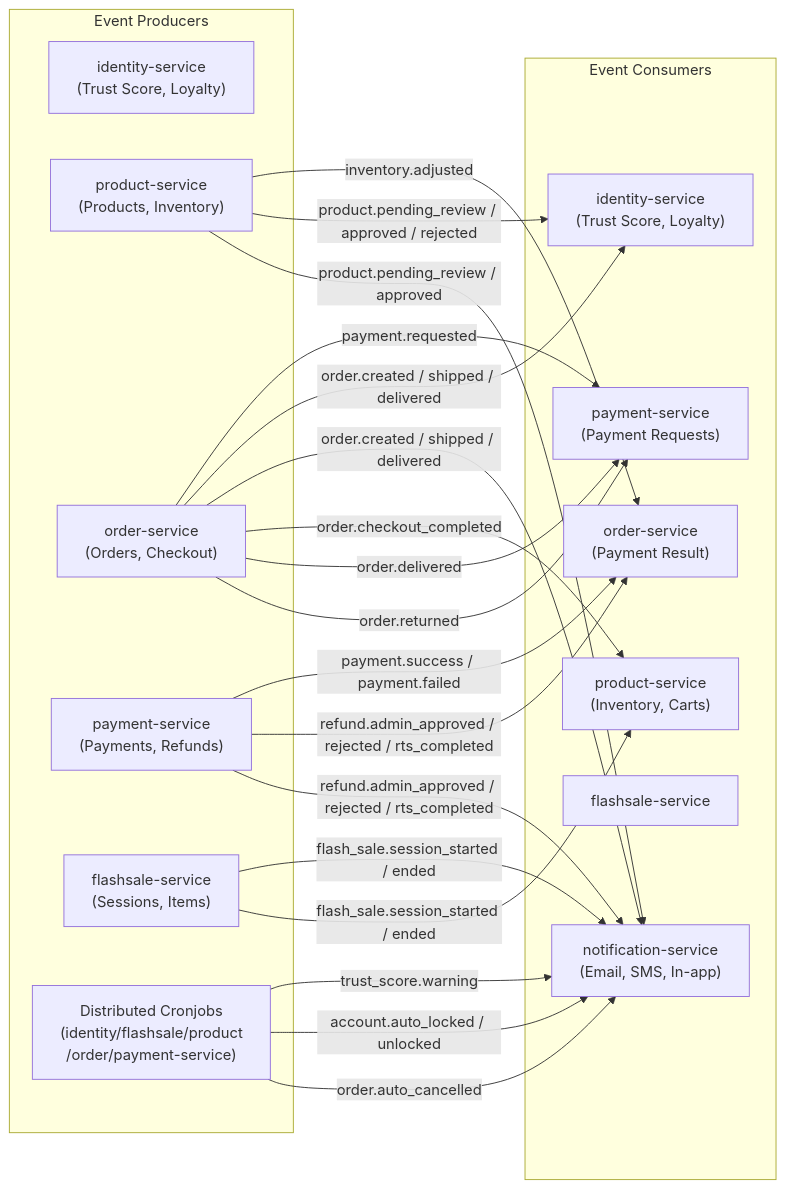
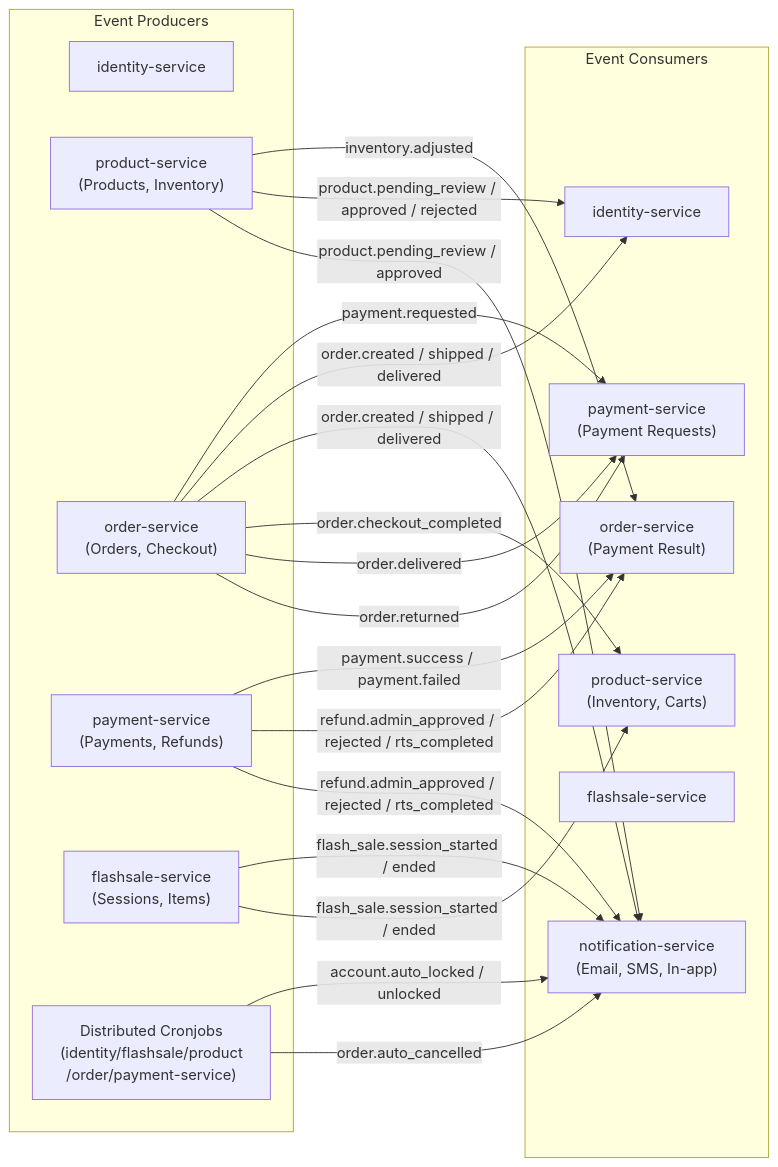
Diagram 18 of 18 in docs/07_BUSINESS_FLOWS.md (ldqanh1408/stealing-from-paradise), drawn with Mermaid before and after one commit. The commit also changed other lines of this file and 52 other files, not shown here.

Commit message:
refactor: remove Trust Score related entities and references from codebase

````diff
--- a/docs/07_BUSINESS_FLOWS.md
+++ b/docs/07_BUSINESS_FLOWS.md
@@ -811,38 +701,37 @@
 ```mermaid
 graph LR
     subgraph Producers["Event Producers"]
-        IDT_E["identity-service<br>(Trust Score, Loyalty)"]
+        IDT_E["identity-service"]
         PRD_E["product-service<br>(Products, Inventory)"]
         ORD_E["order-service<br>(Orders, Checkout)"]
         PAY_E["payment-service<br>(Payments, Refunds)"]
         FS_E["flashsale-service<br>(Sessions, Items)"]
         WRK_E["Distributed Cronjobs<br>(identity/flashsale/product<br>/order/payment-service)"]
     end
 
     subgraph Consumers["Event Consumers"]
-        IDT_C["identity-service<br>(Trust Score, Loyalty)"]
+        IDT_C["identity-service"]
         PRD_C["product-service<br>(Inventory, Carts)"]
         ORD_C["order-service<br>(Payment Result)"]
         PAY_C["payment-service<br>(Payment Requests)"]
         FS_C["flashsale-service<br//(Session Lifecycle)"]
         NTF_C["notification-service<br>(Email, SMS, In-app)"]
     end
 
     ORD_E -->|"payment.requested"| PAY_C
     PAY_E -->|"payment.success / payment.failed"| ORD_C
     ORD_E -->|"order.created / shipped / delivered"| IDT_C
     ORD_E -->|"order.created / shipped / delivered"| NTF_C
     ORD_E -->|"order.checkout_completed"| PRD_C
     ORD_E -->|"order.delivered"| PAY_C
     ORD_E -->|"order.returned"| PAY_C
     PRD_E -->|"inventory.adjusted"| ORD_C
     PRD_E -->|"product.pending_review / approved / rejected"| IDT_C
     PRD_E -->|"product.pending_review / approved"| NTF_C
     FS_E -->|"flash_sale.session_started / ended"| NTF_C
     FS_E -->|"flash_sale.session_started / ended"| PRD_C
     PAY_E -->|"refund.admin_approved / rejected / rts_completed"| ORD_C
     PAY_E -->|"refund.admin_approved / rejected / rts_completed"| NTF_C
-    WRK_E -->|"trust_score.warning"| NTF_C
     WRK_E -->|"account.auto_locked / unlocked"| NTF_C
     WRK_E -->|"order.auto_cancelled"| NTF_C
 ```
````
